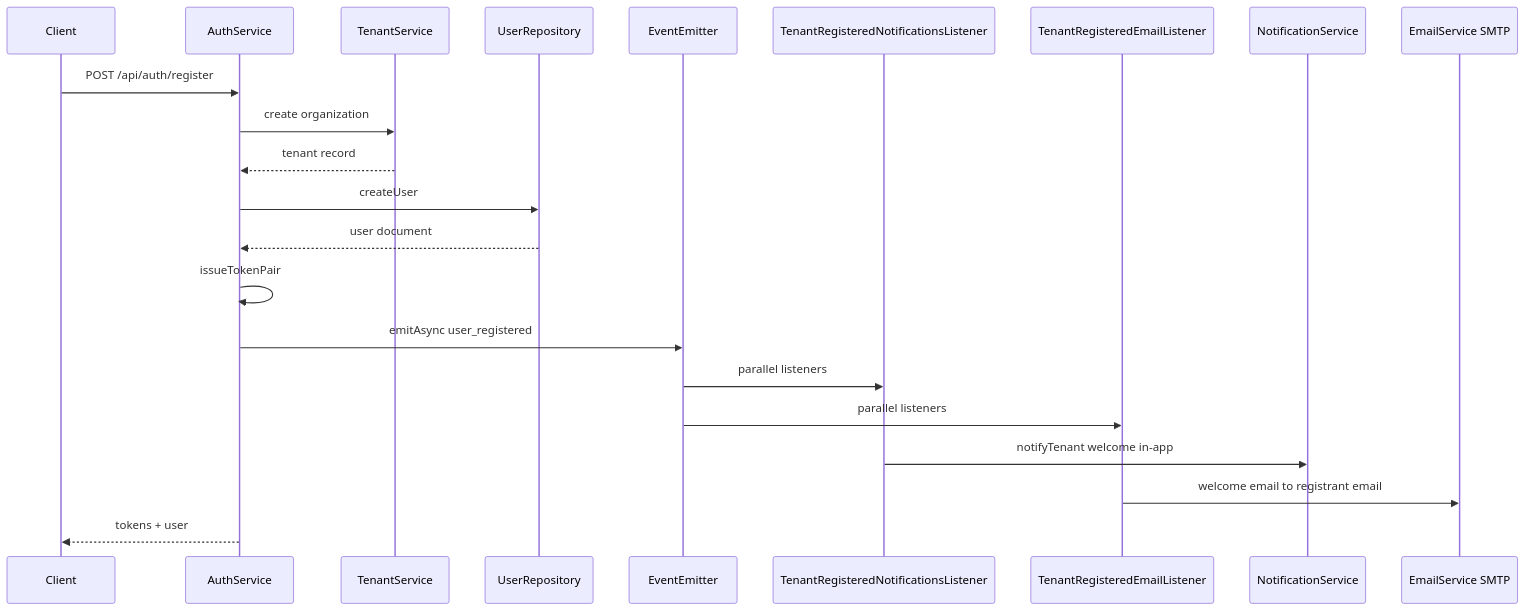
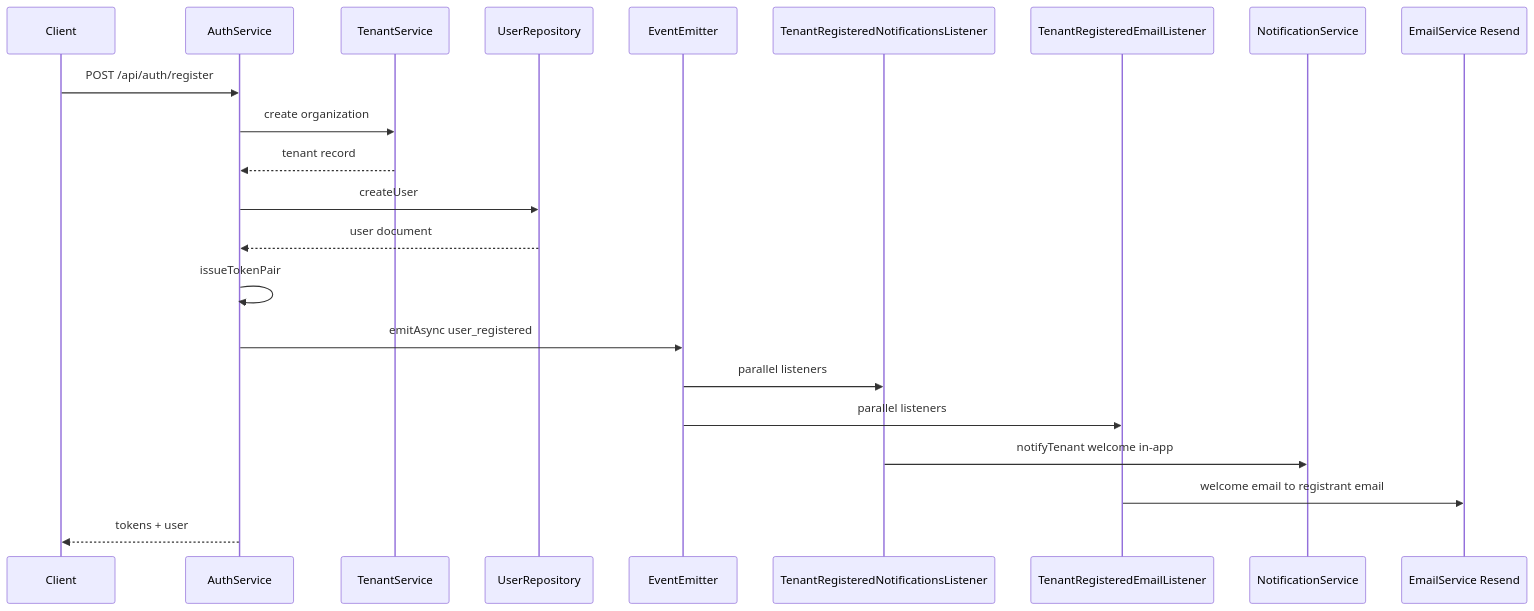
Before and after one commit to Surajit107/SaaS_APP_BE: the fourth of 5 diagrams in docs/KNOWLEDGE-TRANSFER.md, drawn with Mermaid. The commit also changed other lines of this file and 13 other files, not shown here.

````diff
--- a/docs/KNOWLEDGE-TRANSFER.md
+++ b/docs/KNOWLEDGE-TRANSFER.md
@@ -136,24 +136,24 @@
 ```mermaid
 sequenceDiagram
   participant C as Client
   participant Auth as AuthService
   participant Tenant as TenantService
   participant User as UserRepository
   participant Bus as EventEmitter
   participant NInApp as TenantRegisteredNotificationsListener
   participant NEmail as TenantRegisteredEmailListener
   participant NI as NotificationService
-  participant SMTP as EmailService SMTP
+  participant Mail as EmailService Resend
   C->>Auth: POST /api/auth/register
   Auth->>Tenant: create organization
   Tenant-->>Auth: tenant record
   Auth->>User: createUser
   User-->>Auth: user document
   Auth->>Auth: issueTokenPair
   Auth->>Bus: emitAsync user_registered
   Bus->>NInApp: parallel listeners
   Bus->>NEmail: parallel listeners
   NInApp->>NI: notifyTenant welcome in-app
-  NEmail->>SMTP: welcome email to registrant email
+  NEmail->>Mail: welcome email to registrant email
   Auth-->>C: tokens + user
 ```
````
